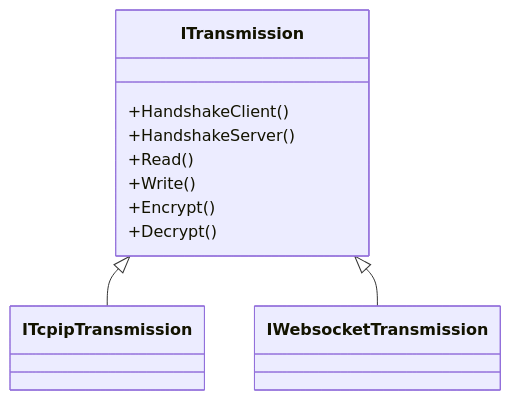
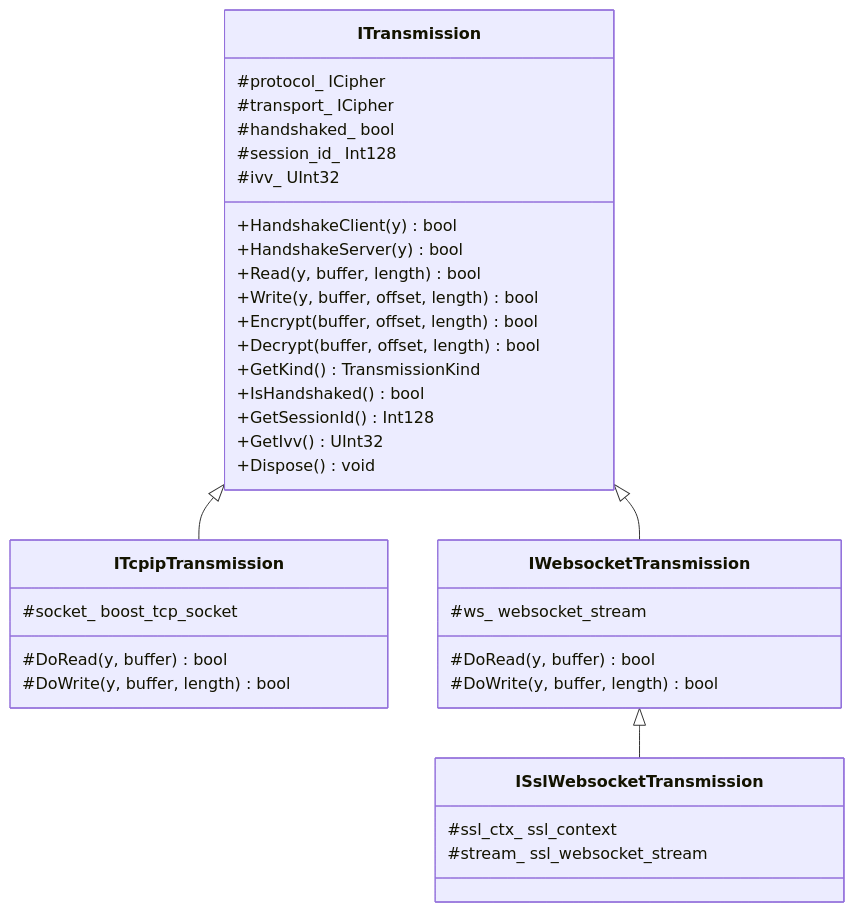
The second of 10 diagrams in docs/TRANSMISSION_CN.md (HyacinthHaru/openppp2), drawn with Mermaid before and after one commit. The commit also changed other lines of this file and 93 other files, not shown here.

````diff
--- a/docs/TRANSMISSION_CN.md
+++ b/docs/TRANSMISSION_CN.md
@@ -57,15 +63,38 @@
 ```mermaid
 classDiagram
     class ITransmission {
-        +HandshakeClient()
-        +HandshakeServer()
-        +Read()
-        +Write()
-        +Encrypt()
-        +Decrypt()
+        +HandshakeClient(y) bool
+        +HandshakeServer(y) bool
+        +Read(y, buffer, length) bool
+        +Write(y, buffer, offset, length) bool
+        +Encrypt(buffer, offset, length) bool
+        +Decrypt(buffer, offset, length) bool
+        +GetKind() TransmissionKind
+        +IsHandshaked() bool
+        +GetSessionId() Int128
+        +GetIvv() UInt32
+        +Dispose() void
+        #protocol_ ICipher
+        #transport_ ICipher
+        #handshaked_ bool
+        #session_id_ Int128
+        #ivv_ UInt32
     }
-    class ITcpipTransmission
-    class IWebsocketTransmission
+    class ITcpipTransmission {
+        #socket_ boost_tcp_socket
+        #DoRead(y, buffer) bool
+        #DoWrite(y, buffer, length) bool
+    }
+    class IWebsocketTransmission {
+        #ws_ websocket_stream
+        #DoRead(y, buffer) bool
+        #DoWrite(y, buffer, length) bool
+    }
+    class ISslWebsocketTransmission {
+        #ssl_ctx_ ssl_context
+        #stream_ ssl_websocket_stream
+    }
     ITransmission <|-- ITcpipTransmission
     ITransmission <|-- IWebsocketTransmission
+    IWebsocketTransmission <|-- ISslWebsocketTransmission
 ```
````
